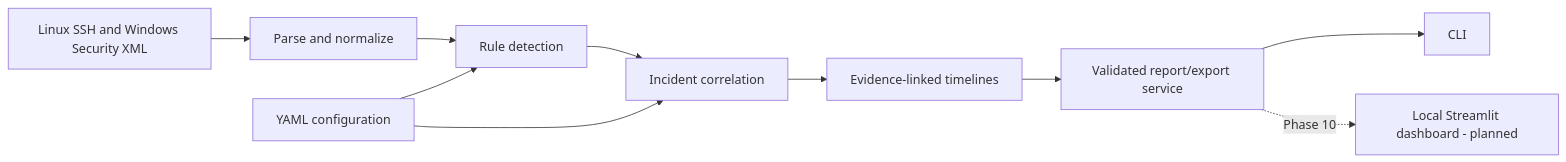
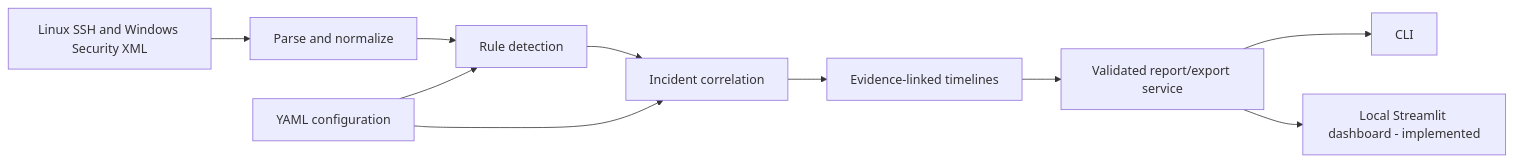
Before and after one commit to Abdullah-Al-Mahi/python-security-log-toolkit: the diagram in README.md, drawn with Mermaid. The commit also changed other lines of this file and 24 other files, not shown here.

Commit message:
Implement local Streamlit SOC investigation dashboard

````diff
--- a/README.md
+++ b/README.md
@@ -42,12 +42,12 @@
 ```mermaid
 flowchart LR
     A[Linux SSH and Windows Security XML] --> B[Parse and normalize]
     B --> C[Rule detection]
     C --> D[Incident correlation]
     D --> E[Evidence-linked timelines]
     E --> F[Validated report/export service]
     F --> G[CLI]
-    F -. Phase 10 .-> H[Local Streamlit dashboard - planned]
+    F --> H[Local Streamlit dashboard - implemented]
     Y[YAML configuration] --> C
     Y --> D
 ```
````
